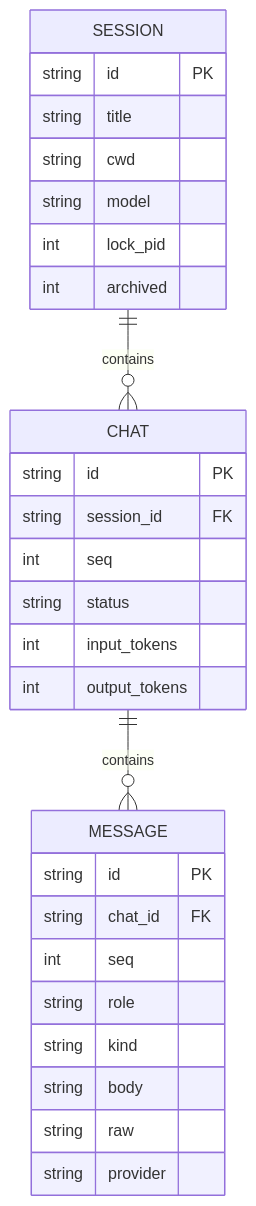
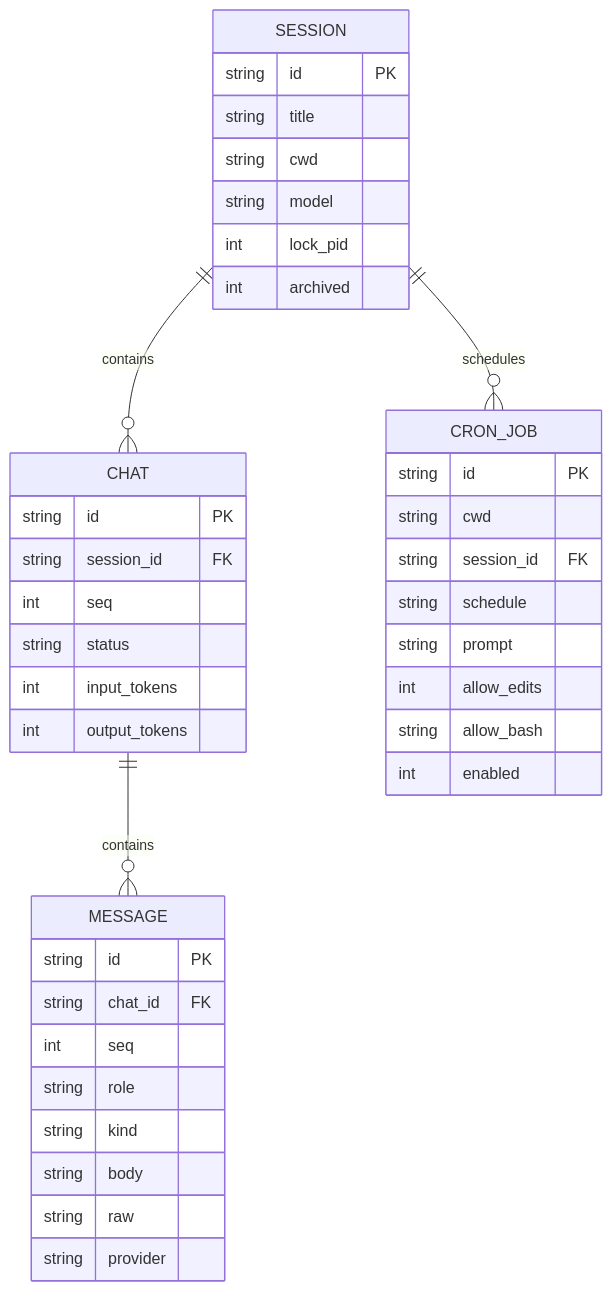
The first of 2 diagrams in docs/technical/domain-model.md (moonknit/keel), drawn with Mermaid before and after one commit. The commit also changed other lines of this file and 18 other files, not shown here.

First line of the commit message:
Implement cron job management and TUI dashboard in CLI

````diff
--- a/docs/technical/domain-model.md
+++ b/docs/technical/domain-model.md
@@ -7,31 +7,42 @@
 ```mermaid
 erDiagram
   SESSION ||--o{ CHAT : contains
   CHAT ||--o{ MESSAGE : contains
+  SESSION ||--o{ CRON_JOB : schedules
   SESSION {
     string id PK
     string title
     string cwd
     string model
     int lock_pid
     int archived
   }
   CHAT {
     string id PK
     string session_id FK
     int seq
     string status
     int input_tokens
     int output_tokens
   }
   MESSAGE {
     string id PK
     string chat_id FK
     int seq
     string role
     string kind
     string body
     string raw
     string provider
   }
+  CRON_JOB {
+    string id PK
+    string cwd
+    string session_id FK
+    string schedule
+    string prompt
+    int allow_edits
+    string allow_bash
+    int enabled
+  }
 ```
````
